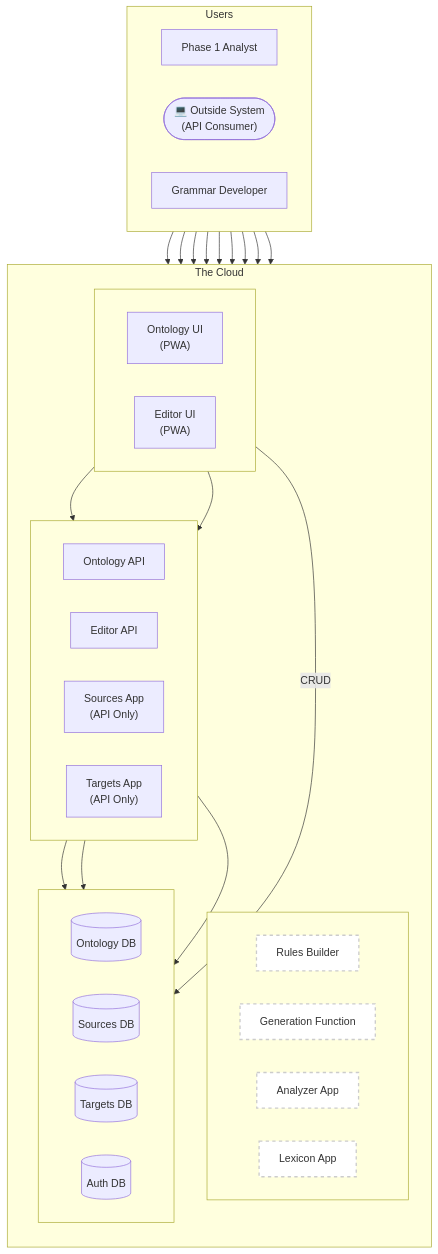
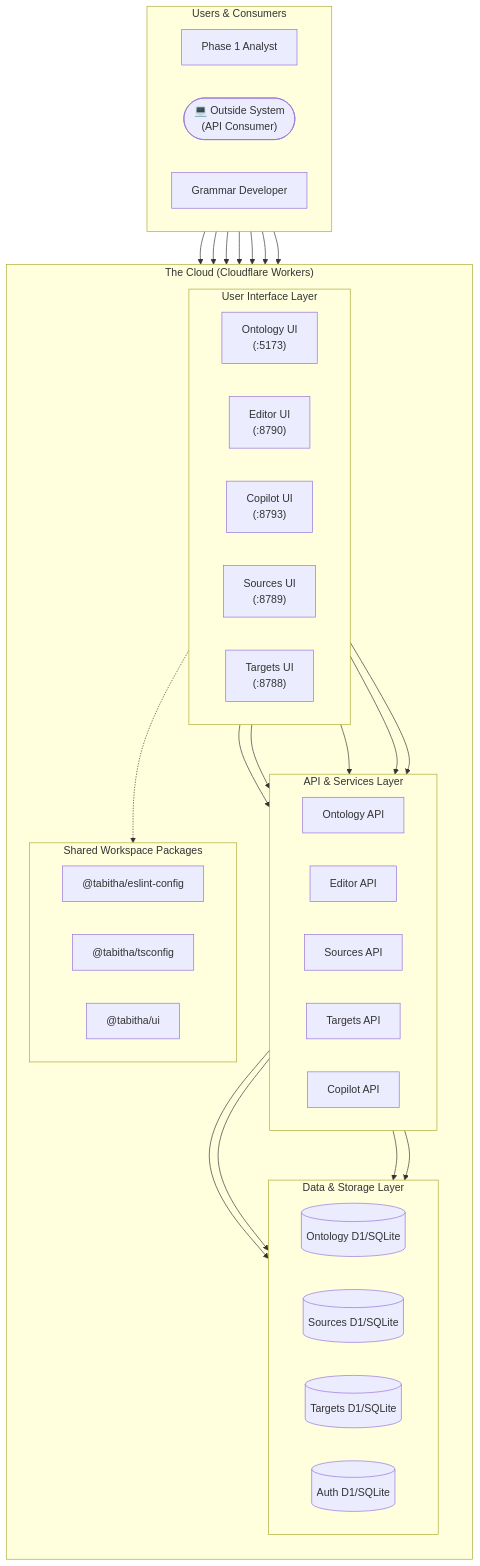
One commit to presciencelabs/tabitha changed the diagram in README.md. Above: the diagram before and after it, drawn with Mermaid. The commit also changed other lines of this file, not shown here.

Commit message:
docs: update root README with monorepo guide, port mapping, and architecture

````diff
--- a/README.md
+++ b/README.md
@@ -247,70 +93,67 @@
 ```mermaid
 graph TD;
-    subgraph "Users"
+    subgraph "Users & Consumers"
         direction LR
         Phase1Analyst[Phase 1 Analyst];
         OutsideSystem(["💻 Outside System <br/>(API Consumer)"]);
         GrammarDeveloper[Grammar Developer];
     end
 
-    subgraph Platform ["The Cloud"]
+    subgraph Platform ["The Cloud (Cloudflare Workers)"]
         direction TB
 
-        subgraph UILayer [" "]
+        subgraph UILayer ["User Interface Layer"]
             direction LR
-            OntologyUI["Ontology UI <br/>(PWA)"];
-            EditorUI["Editor UI <br/>(PWA)"];
+            OntologyUI["Ontology UI <br/>(:5173)"];
+            EditorUI["Editor UI <br/>(:8790)"];
+            CopilotUI["Copilot UI <br/>(:8793)"];
+            SourcesUI["Sources UI <br/>(:8789)"];
+            TargetsUI["Targets UI <br/>(:8788)"];
         end
 
-        subgraph APILayer [" "]
+        subgraph APILayer ["API & Services Layer"]
             direction LR
             OntologyAPI[Ontology API];
             EditorAPI[Editor API];
-            SourcesAPI["Sources App <br/>(API Only)"];
-            TargetsAPI["Targets App <br/>(API Only)"];
+            SourcesAPI[Sources API];
+            TargetsAPI[Targets API];
+            CopilotAPI[Copilot API];
         end
 
-        subgraph FutureComponents [" "]
+        subgraph SharedPackages ["Shared Workspace Packages"]
             direction LR
-            Rules[Rules Builder];
-            Generation[Generation Function];
-            Analyzer[Analyzer App];
-            Lexicon[Lexicon App];
+            ESLintPkg["@tabitha/eslint-config"];
+            TSConfigPkg["@tabitha/tsconfig"];
+            UIPkg["@tabitha/ui"];
         end
 
-        subgraph DataLayer [" "]
+        subgraph DataLayer ["Data & Storage Layer"]
             direction LR
-            OntologyDB[(Ontology DB)];
-            SourcesDB[(Sources DB)];
-            TargetsDB[(Targets DB)];
-            AuthDB[(Auth DB)];
+            OntologyDB[(Ontology D1/SQLite)];
+            SourcesDB[(Sources D1/SQLite)];
+            TargetsDB[(Targets D1/SQLite)];
+            AuthDB[(Auth D1/SQLite)];
         end
     end
 
-    %% Connections from Personas to UI/API
     Phase1Analyst --> OntologyUI;
     Phase1Analyst --> EditorUI;
-    GrammarDeveloper --> Rules;
-    GrammarDeveloper --> Analyzer;
-    GrammarDeveloper --> Generation;
-    GrammarDeveloper --> Lexicon;
+    Phase1Analyst --> CopilotUI;
     OutsideSystem --> OntologyAPI;
     OutsideSystem --> SourcesAPI;
     OutsideSystem --> TargetsAPI;
+    OutsideSystem --> CopilotAPI;
 
-    %% Connections from UI Layer to lower layers
     OntologyUI --> OntologyAPI;
     EditorUI --> EditorAPI;
-    OntologyUI -->|CRUD| AuthDB;
-    
-    %% Connections from API Layer to Data Layer
+    SourcesUI --> SourcesAPI;
+    TargetsUI --> TargetsAPI;
+    CopilotUI --> CopilotAPI;
+
+    UILayer -.-> SharedPackages;
+
     OntologyAPI --> OntologyDB;
+    OntologyAPI --> AuthDB;
     SourcesAPI --> SourcesDB;
     TargetsAPI --> TargetsDB;
-
-    %% Styling for future components
-    style Rules fill:#fff,stroke:#ccc,stroke-width:2px,stroke-dasharray: 5 5;
-    style Generation fill:#fff,stroke:#ccc,stroke-width:2px,stroke-dasharray: 5 5;
-    style Analyzer fill:#fff,stroke:#ccc,stroke-width:2px,stroke-dasharray: 5 5;
-    style Lexicon fill:#fff,stroke:#ccc,stroke-width:2px,stroke-dasharray: 5 5;
 ```
````
